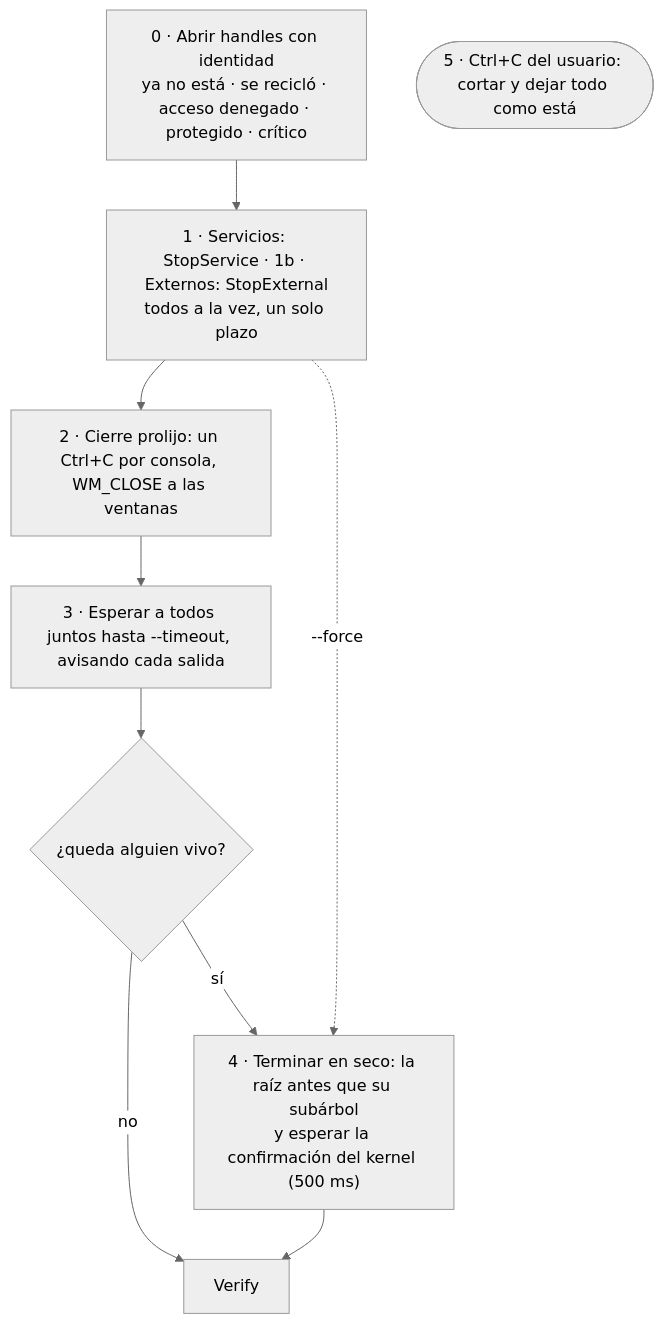
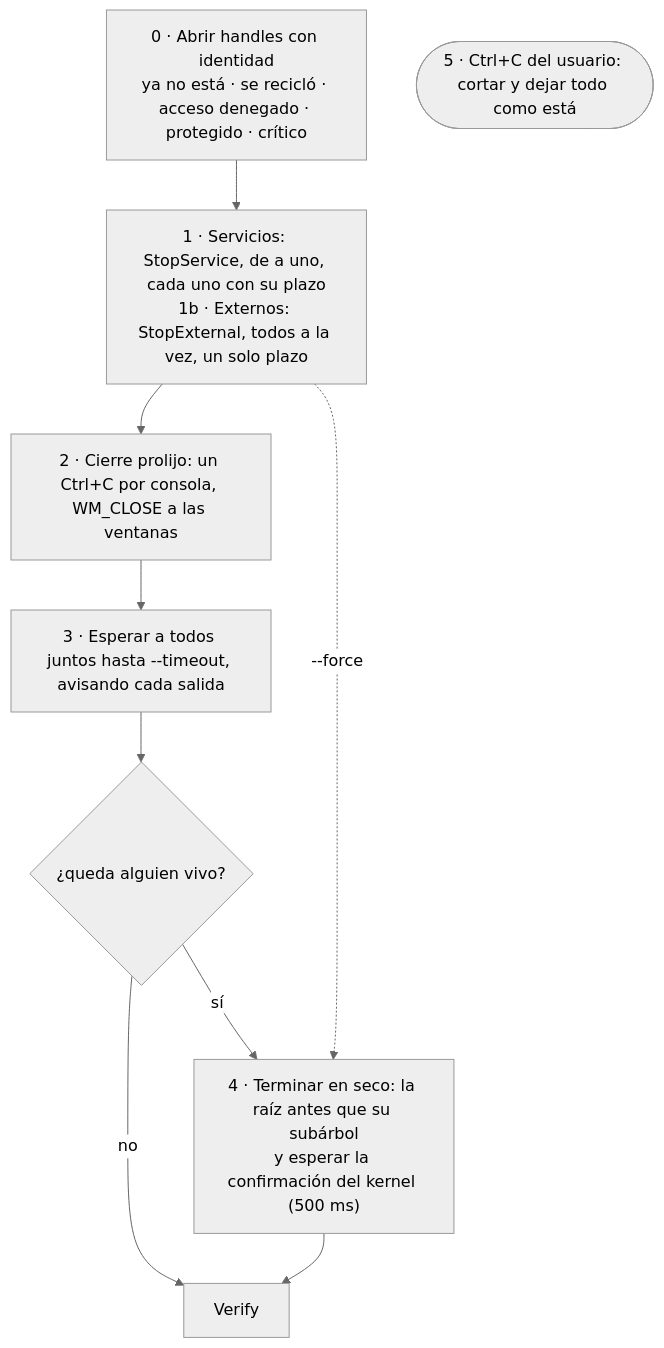
The fifth of 7 diagrams in docs/ARQUITECTURA.md (agustinyarrus/killport), drawn with Mermaid (neutral theme) before and after one commit. The commit also changed other lines of this file and 5 other files, not shown here.

````diff
--- a/docs/ARQUITECTURA.md
+++ b/docs/ARQUITECTURA.md
@@ -237,15 +237,15 @@
 ```mermaid
 flowchart TD
     P0["0 · Abrir handles con identidad<br/>ya no está · se recicló · acceso denegado · protegido · crítico"]
-    P1["1 · Servicios: StopService · 1b · Externos: StopExternal<br/>todos a la vez, un solo plazo"]
+    P1["1 · Servicios: StopService, de a uno, cada uno con su plazo<br/>1b · Externos: StopExternal, todos a la vez, un solo plazo"]
     P2["2 · Cierre prolijo: un Ctrl+C por consola, WM_CLOSE a las ventanas"]
     P3["3 · Esperar a todos juntos hasta --timeout, avisando cada salida"]
     Q{"¿queda alguien vivo?"}
     P4["4 · Terminar en seco: la raíz antes que su subárbol<br/>y esperar la confirmación del kernel (500 ms)"]
     V["Verify"]
     X(["5 · Ctrl+C del usuario: cortar y dejar todo como está"])
     P0 --> P1 --> P2 --> P3 --> Q
     Q -- "no" --> V
     Q -- "sí" --> P4 --> V
     P1 -. "--force" .-> P4
 ```
````
